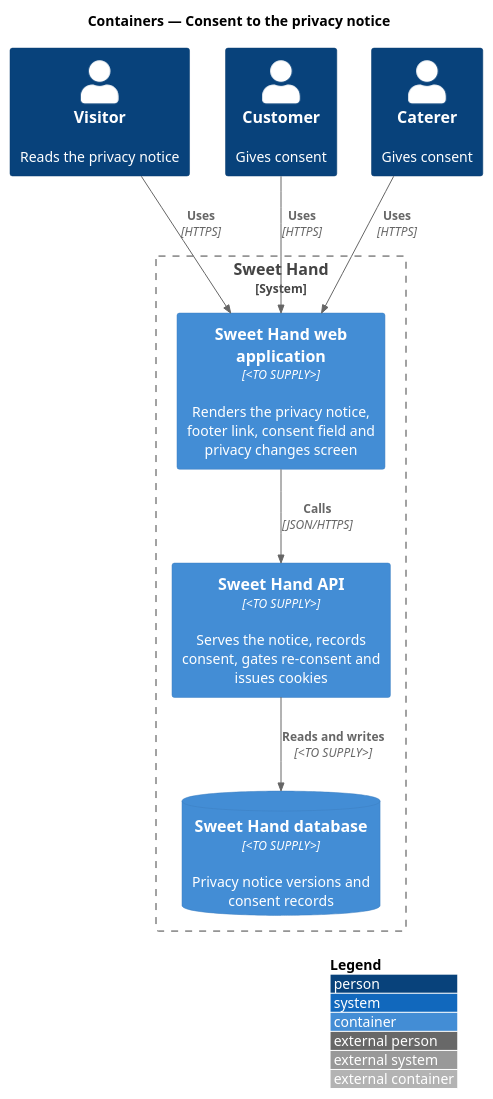
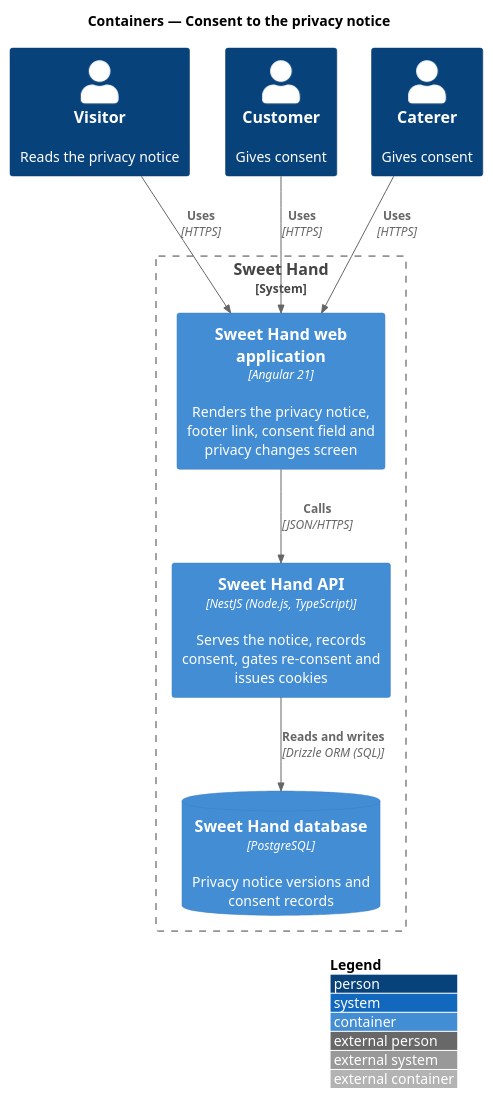
One commit to QuinntyneBrown/sweet-hand changed the diagram in docs/detailed-designs/privacy/consent-to-privacy-notice/diagrams/c4-container.puml. Above: the diagram before and after it, drawn with PlantUML. The commit also changed 34 other files, not shown here.

```diff
--- a/docs/detailed-designs/privacy/consent-to-privacy-notice/diagrams/c4-container.puml
+++ b/docs/detailed-designs/privacy/consent-to-privacy-notice/diagrams/c4-container.puml
@@ -1,20 +1,20 @@
 @startuml
 !include <C4/C4_Container>
 LAYOUT_WITH_LEGEND()
 title Containers — Consent to the privacy notice
 
 Person(visitor, "Visitor", "Reads the privacy notice")
 Person(customer, "Customer", "Gives consent")
 Person(caterer, "Caterer", "Gives consent")
 System_Boundary(sweethand, "Sweet Hand") {
-  Container(web, "Sweet Hand web application", "<TO SUPPLY>", "Renders the privacy notice, footer link, consent field and privacy changes screen")
-  Container(api, "Sweet Hand API", "<TO SUPPLY>", "Serves the notice, records consent, gates re-consent and issues cookies")
-  ContainerDb(db, "Sweet Hand database", "<TO SUPPLY>", "Privacy notice versions and consent records")
+  Container(web, "Sweet Hand web application", "Angular 21", "Renders the privacy notice, footer link, consent field and privacy changes screen")
+  Container(api, "Sweet Hand API", "NestJS (Node.js, TypeScript)", "Serves the notice, records consent, gates re-consent and issues cookies")
+  ContainerDb(db, "Sweet Hand database", "PostgreSQL", "Privacy notice versions and consent records")
 }
 
 Rel(visitor, web, "Uses", "HTTPS")
 Rel(customer, web, "Uses", "HTTPS")
 Rel(caterer, web, "Uses", "HTTPS")
 Rel(web, api, "Calls", "JSON/HTTPS")
-Rel(api, db, "Reads and writes", "<TO SUPPLY>")
+Rel(api, db, "Reads and writes", "Drizzle ORM (SQL)")
 @enduml
```
